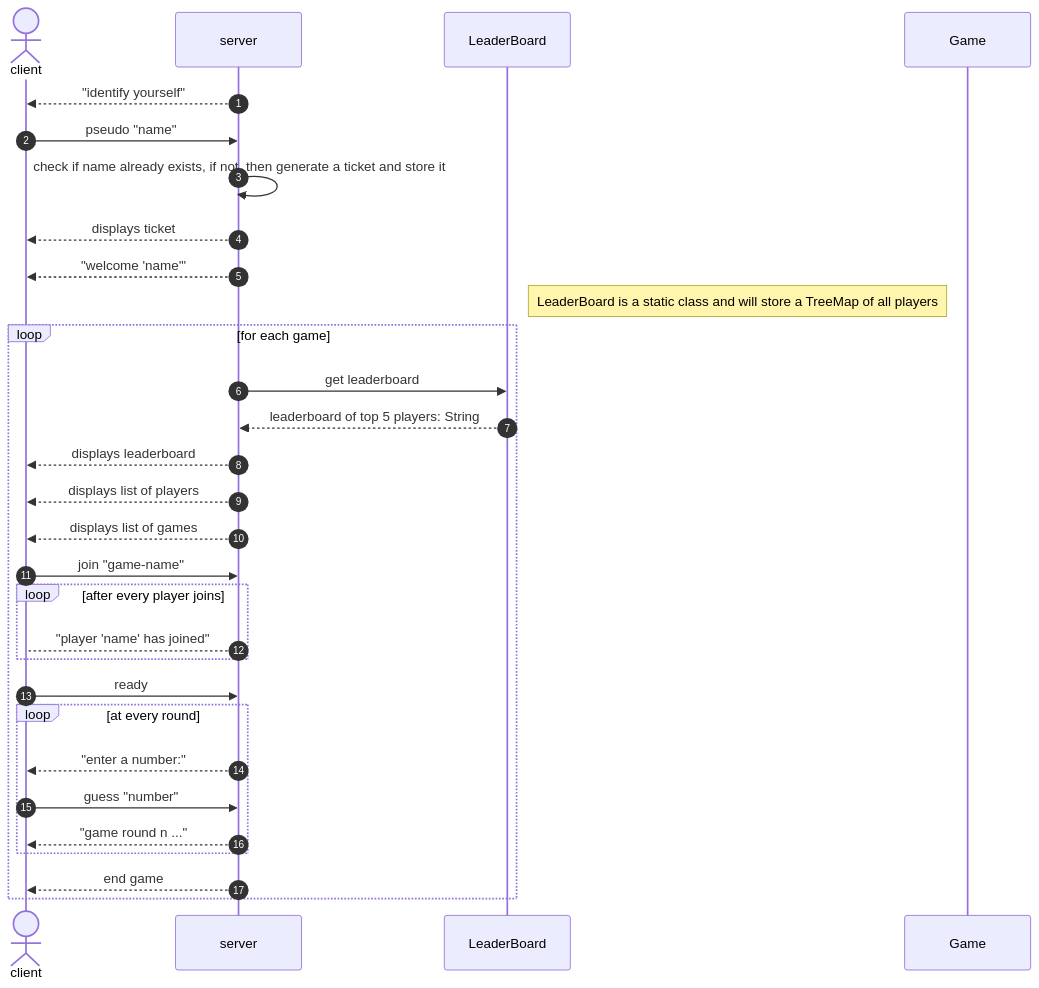
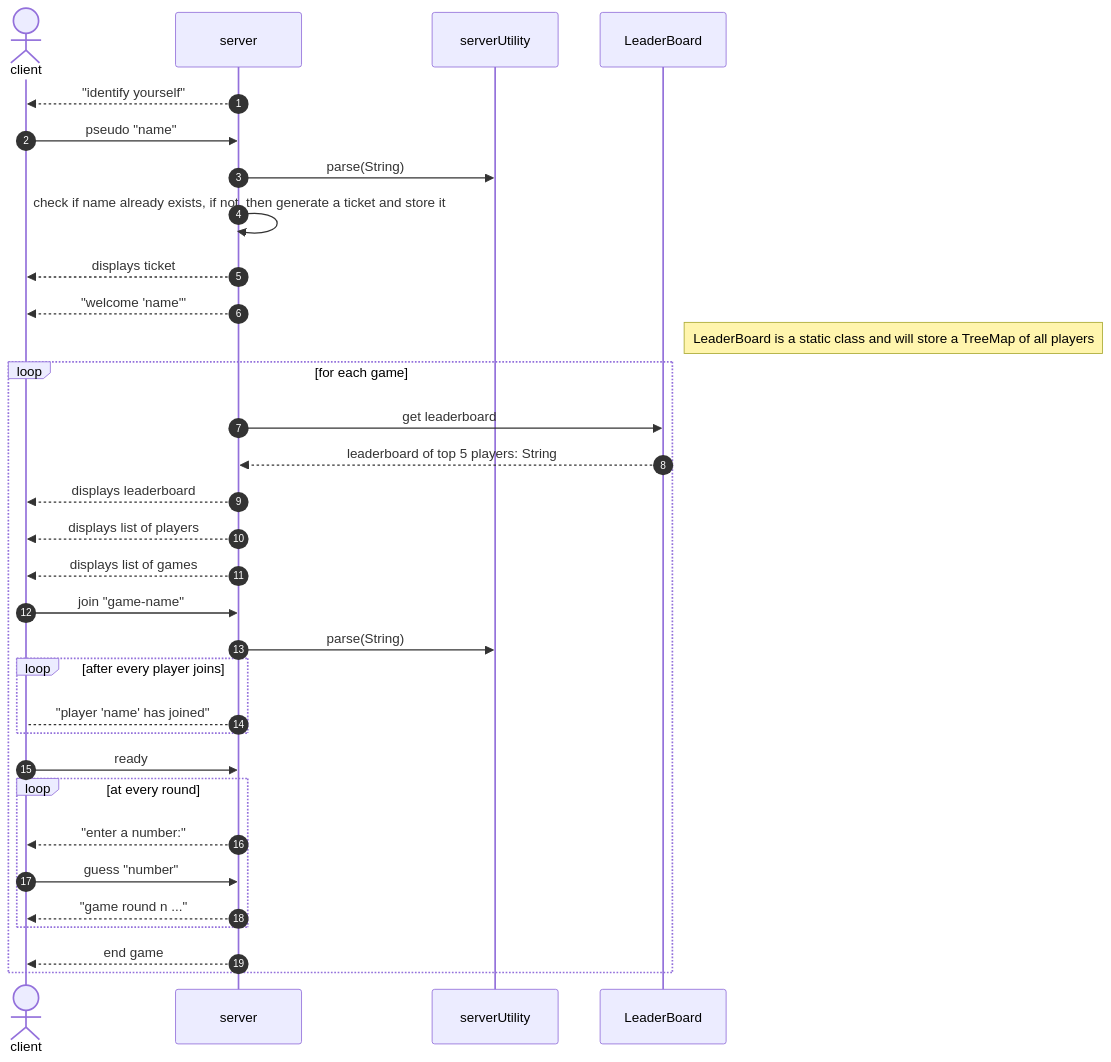
The diagram in Notes/RandomStudyNotes/OS/Lab/os_project_2.md (silzai/ObsidianNotes), drawn with Mermaid before and after one commit. The commit also changed 18 other files, not shown here.

````diff
--- a/Notes/RandomStudyNotes/OS/Lab/os_project_2.md
+++ b/Notes/RandomStudyNotes/OS/Lab/os_project_2.md
@@ -2,45 +2,50 @@
 ```mermaid
 sequenceDiagram
 autonumber
 
 actor client
 participant server
+participant serverUtility
 participant LeaderBoard
-participant Game
-
 
 server-->>client: "identify yourself"
 client->>server: pseudo "name"
+
+server->>serverUtility: parse(String) 
+
 server->>server: check if name already exists, if not, then generate a ticket and store it
 server-->>client: displays ticket
 server-->>client: "welcome 'name'"
 
 Note right of LeaderBoard: LeaderBoard is a static class and will store a TreeMap of all players
 
 loop for each game
 server->>LeaderBoard: get leaderboard
 LeaderBoard-->>server: leaderboard of top 5 players: String
 server-->>client: displays leaderboard
 
 server-->>client: displays list of players
 server-->>client: displays list of games
 
 client->>server: join "game-name"
+
+server->>serverUtility: parse(String) 
+
 loop after every player joins
 server-->client: "player 'name' has joined"
 end
 
 client->>server: ready
 
 loop at every round
 server-->>client: "enter a number:"
 client->>server: guess "number"
 server-->>client: "game round n ..."
 end
 
 server-->>client: end game
 end
 
 
 
 ```
````
